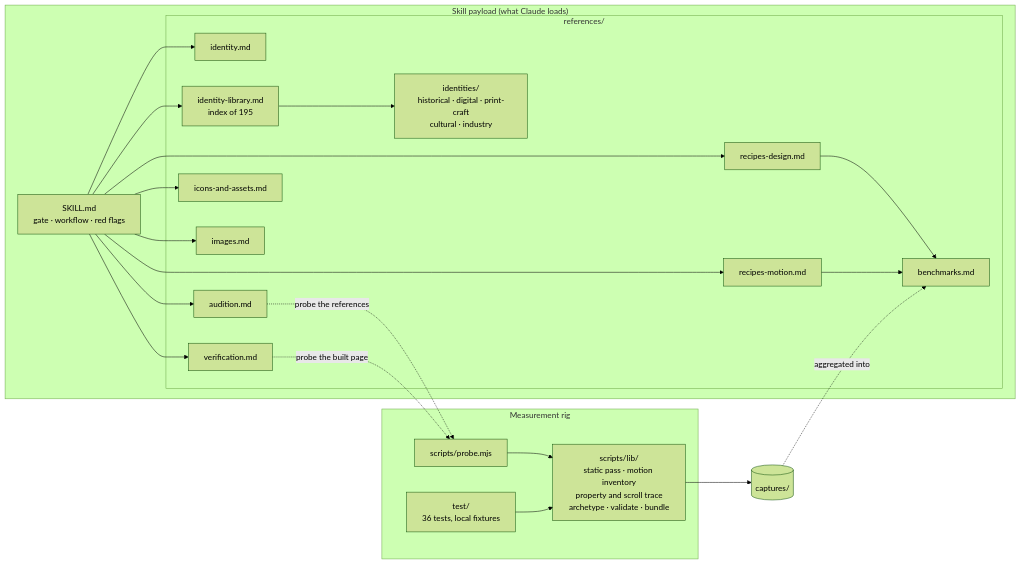
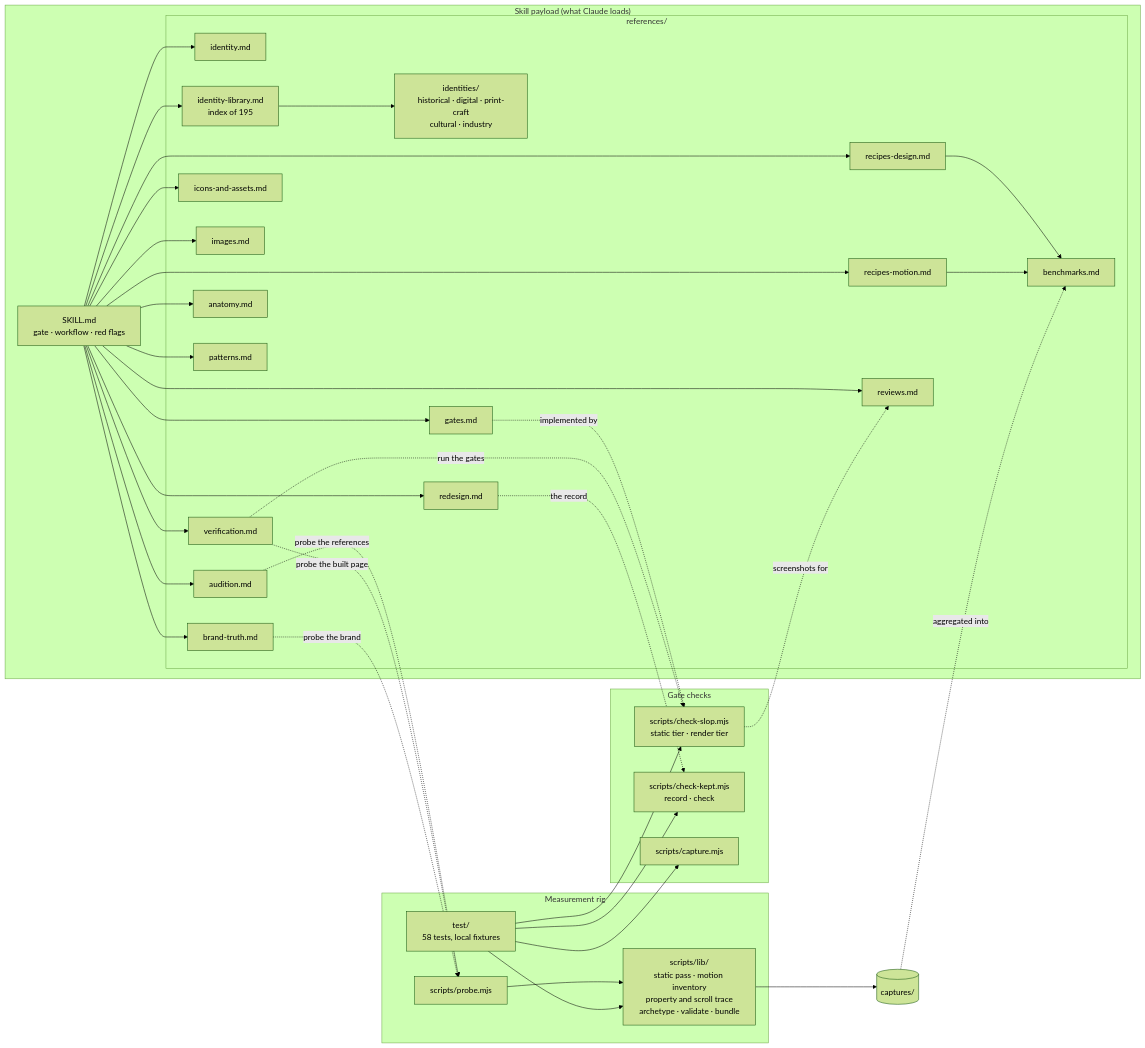
Before and after one commit to jounimn/df-design: the second of 2 diagrams in README.md, drawn with Mermaid (forest theme). The commit also changed other lines of this file and 18 other files, not shown here.

First line of the commit message:
docs: gates, anatomy, brand-truth, redesign, reviews and patterns; wire the gates into the workflow

````diff
--- a/README.md
+++ b/README.md
@@ -159,32 +179,48 @@
 ```mermaid
 flowchart LR
     subgraph Skill["Skill payload (what Claude loads)"]
         SK["SKILL.md<br/>gate · workflow · red flags"]
         subgraph Refs["references/"]
             ID["identity.md"]
             AUD["audition.md"]
             LIB["identity-library.md<br/>index of 195"]
             FAM["identities/<br/>historical · digital · print-craft<br/>cultural · industry"]
             RD["recipes-design.md"]
             RM["recipes-motion.md"]
             IC["icons-and-assets.md"]
             IMG["images.md"]
             VER["verification.md"]
             BEN["benchmarks.md"]
+            ANA["anatomy.md"]
+            GAT["gates.md"]
+            PAT["patterns.md"]
+            REV["reviews.md"]
+            RED["redesign.md"]
+            BRT["brand-truth.md"]
         end
     end
     subgraph Rig["Measurement rig"]
         PRB["scripts/probe.mjs"]
         LIBS["scripts/lib/<br/>static pass · motion inventory<br/>property and scroll trace<br/>archetype · validate · bundle"]
-        TST["test/<br/>36 tests, local fixtures"]
+        TST["test/<br/>58 tests, local fixtures"]
     end
-    SK --> ID & AUD & LIB & RD & RM & IC & IMG & VER
+    subgraph Gates["Gate checks"]
+        CSL["scripts/check-slop.mjs<br/>static tier · render tier"]
+        CKP["scripts/check-kept.mjs<br/>record · check"]
+        CPT["scripts/capture.mjs"]
+    end
+    SK --> ID & AUD & LIB & RD & RM & IC & IMG & VER & ANA & GAT & PAT & REV & RED & BRT
     LIB --> FAM
     RD & RM --> BEN
     PRB --> LIBS
     LIBS --> CAP[("captures/")]
     CAP -. "aggregated into" .-> BEN
     AUD -. "probe the references" .-> PRB
     VER -. "probe the built page" .-> PRB
-    TST --> LIBS
+    GAT -. "implemented by" .-> CSL
+    VER -. "run the gates" .-> CSL
+    RED -. "the record" .-> CKP
+    BRT -. "probe the brand" .-> PRB
+    CSL -. "screenshots for" .-> REV
+    TST --> LIBS & CSL & CKP & CPT
 ```
````
